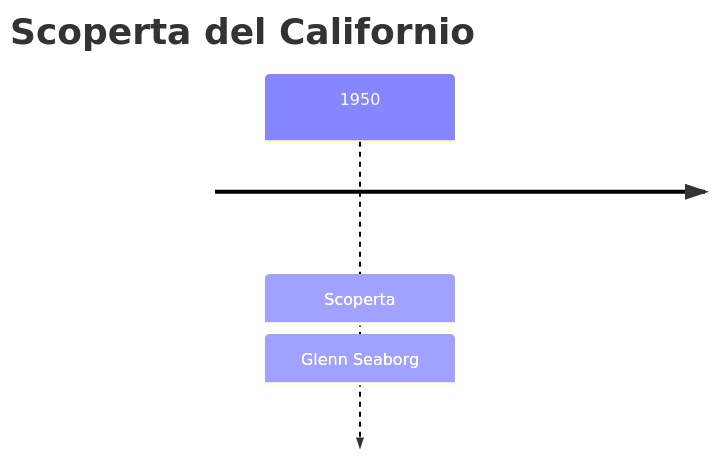
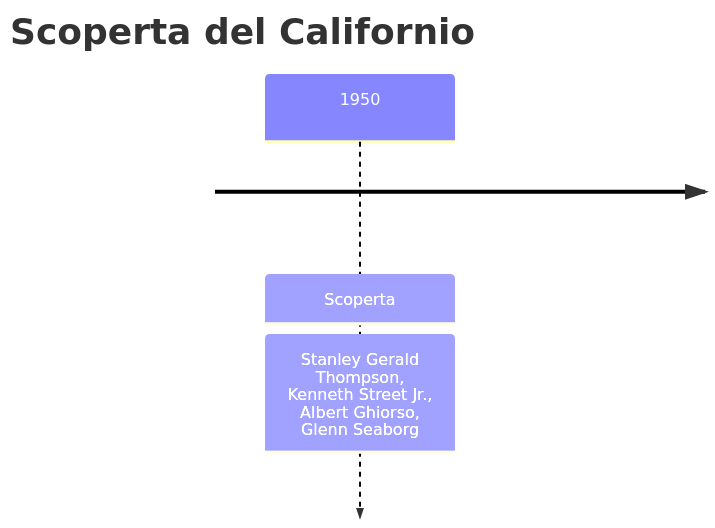
The first of 3 diagrams in vault/Elementi/Californio.md (gianlucaciarcelluti/elements-caos), drawn with Mermaid before and after one commit. The commit also changed other lines of this file and 10 other files, not shown here.

````diff
--- a/vault/Elementi/Californio.md
+++ b/vault/Elementi/Californio.md
@@ -28,5 +28,5 @@
 ```mermaid
 timeline
     title Scoperta del Californio
-    1950 : Scoperta : Glenn Seaborg
+    1950 : Scoperta : Stanley Gerald Thompson, Kenneth Street Jr., Albert Ghiorso, Glenn Seaborg
 ```
````
